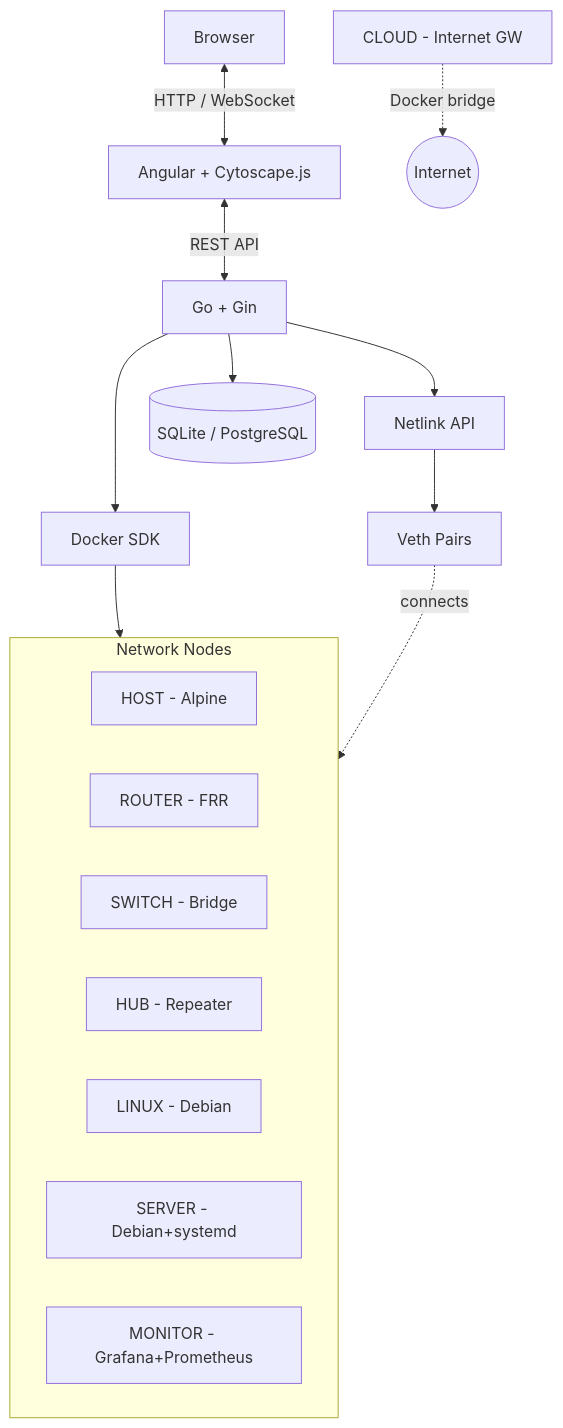
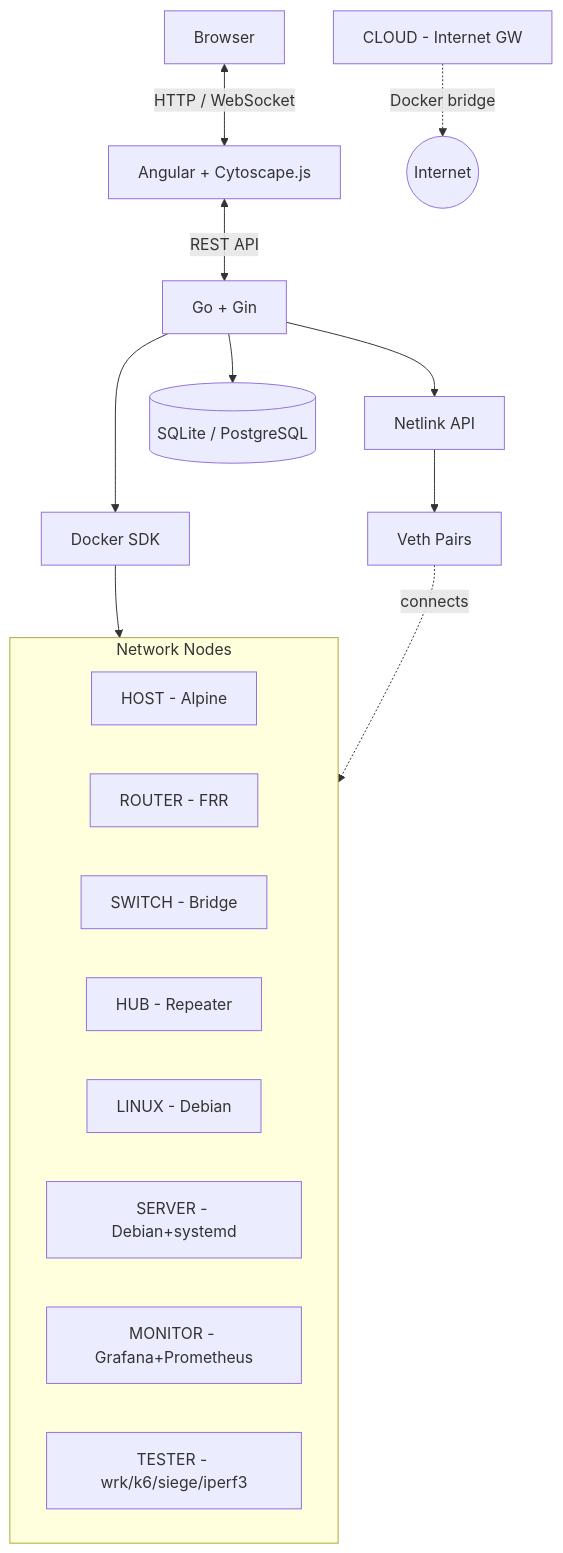
One commit to RArielVillalobos/open-veth changed the diagram in README.md. Above: the diagram before and after it, drawn with Mermaid. The commit also changed other lines of this file and 12 other files, not shown here.

````diff
--- a/README.md
+++ b/README.md
@@ -170,26 +172,27 @@
 ```mermaid
 graph TD
     Browser[Browser] <-->|HTTP / WebSocket| Frontend[Angular + Cytoscape.js]
     Frontend <-->|REST API| Backend[Go + Gin]
 
     Backend --> Docker[Docker SDK]
     Backend --> Netlink[Netlink API]
     Backend --> DB[(SQLite / PostgreSQL)]
 
     Docker --> Containers
     Netlink --> Veth[Veth Pairs]
 
     subgraph Containers [Network Nodes]
         H[HOST - Alpine]
         R[ROUTER - FRR]
         S[SWITCH - Bridge]
         HB[HUB - Repeater]
         L[LINUX - Debian]
         SRV[SERVER - Debian+systemd]
         MON[MONITOR - Grafana+Prometheus]
+        TST[TESTER - wrk/k6/siege/iperf3]
     end
 
     Veth -.->|connects| Containers
 
     C[CLOUD - Internet GW] -.->|Docker bridge| Internet((Internet))
 ```
````
